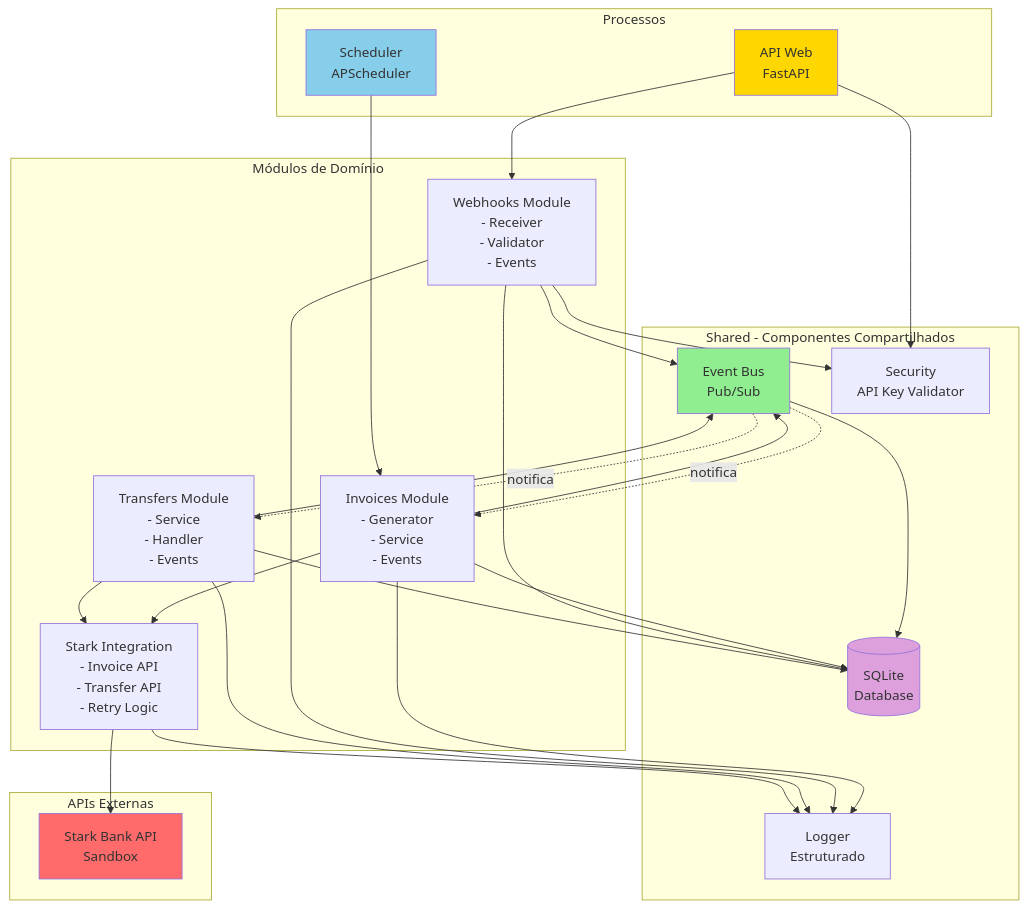
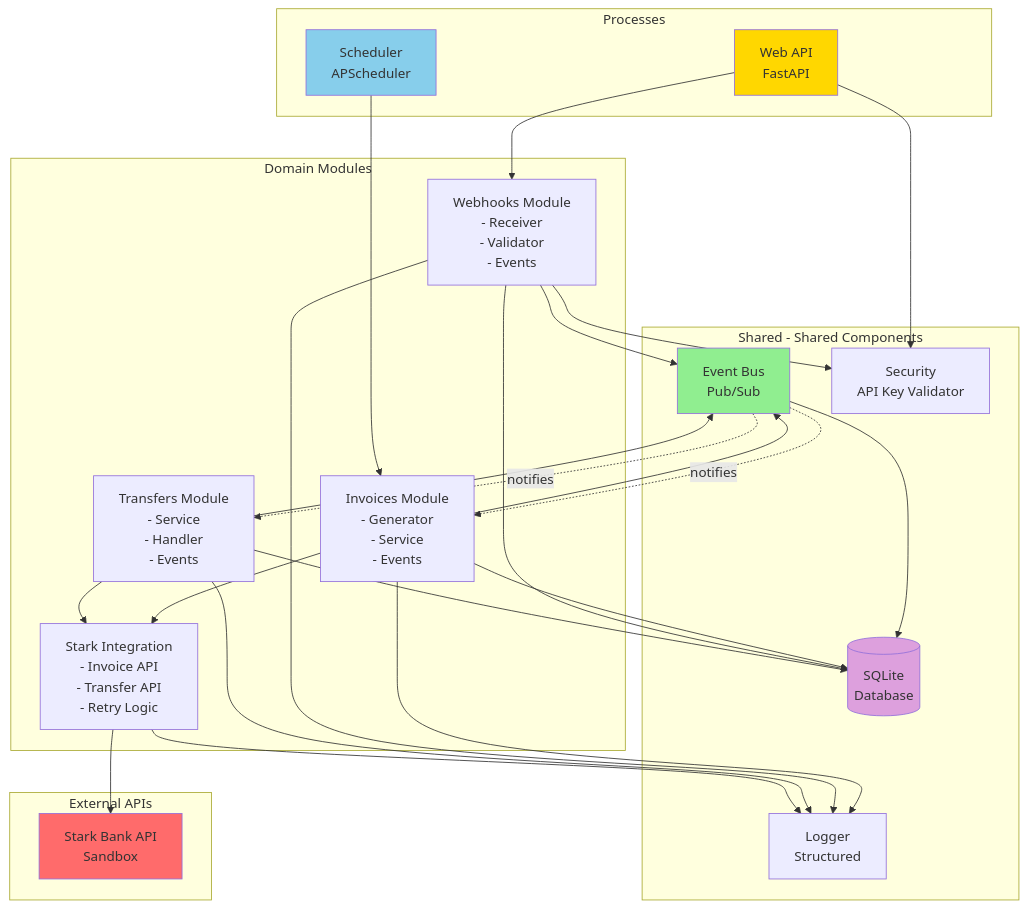
The fifth of 8 diagrams in docs/challenge.md (rcaran/stark-bank-challenge), drawn with Mermaid before and after one commit. The commit also changed other lines of this file and 13 other files, not shown here.

````diff
--- a/docs/challenge.md
+++ b/docs/challenge.md
@@ -543,58 +540,58 @@
 ```mermaid
 graph TB
-    subgraph "Processos"
-        API[API Web\nFastAPI]
+    subgraph "Processes"
+        API[Web API\nFastAPI]
         SCHED[Scheduler\nAPScheduler]
     end
     
-    subgraph "Shared - Componentes Compartilhados"
+    subgraph "Shared - Shared Components"
         EB[Event Bus\nPub/Sub]
         DB[(SQLite\nDatabase)]
-        LOG[Logger\nEstruturado]
+        LOG[Logger\nStructured]
         SEC[Security\nAPI Key Validator]
     end
     
-    subgraph "Módulos de Domínio"
+    subgraph "Domain Modules"
         INV[Invoices Module\n- Generator\n- Service\n- Events]
         WH[Webhooks Module\n- Receiver\n- Validator\n- Events]
         TRF[Transfers Module\n- Service\n- Handler\n- Events]
         SI[Stark Integration\n- Invoice API\n- Transfer API\n- Retry Logic]
     end
     
-    subgraph "APIs Externas"
+    subgraph "External APIs"
         SB[Stark Bank API\nSandbox]
     end
     
     SCHED --> INV
     API --> WH
     API --> SEC
     
     INV --> EB
     INV --> DB
     INV --> SI
     
     WH --> EB
     WH --> DB
     WH --> SEC
     
     TRF --> EB
     TRF --> DB
     TRF --> SI
     
     SI --> SB
     
-    EB -.notifica.-> INV
-    EB -.notifica.-> TRF
+    EB -.notifies.-> INV
+    EB -.notifies.-> TRF
     EB --> DB
     
     INV --> LOG
     WH --> LOG
     TRF --> LOG
     SI --> LOG
     
     style API fill:#FFD700
     style SCHED fill:#87CEEB
     style EB fill:#90EE90
     style DB fill:#DDA0DD
     style SB fill:#FF6B6B
 ```
````
